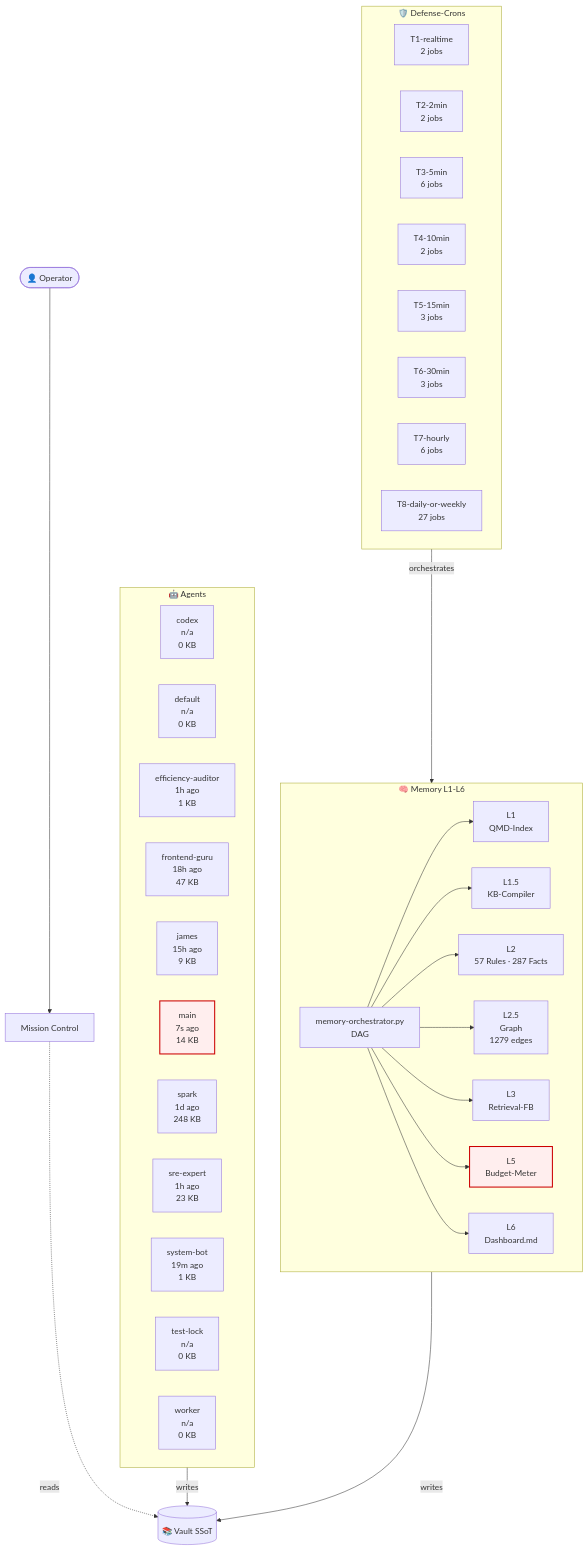
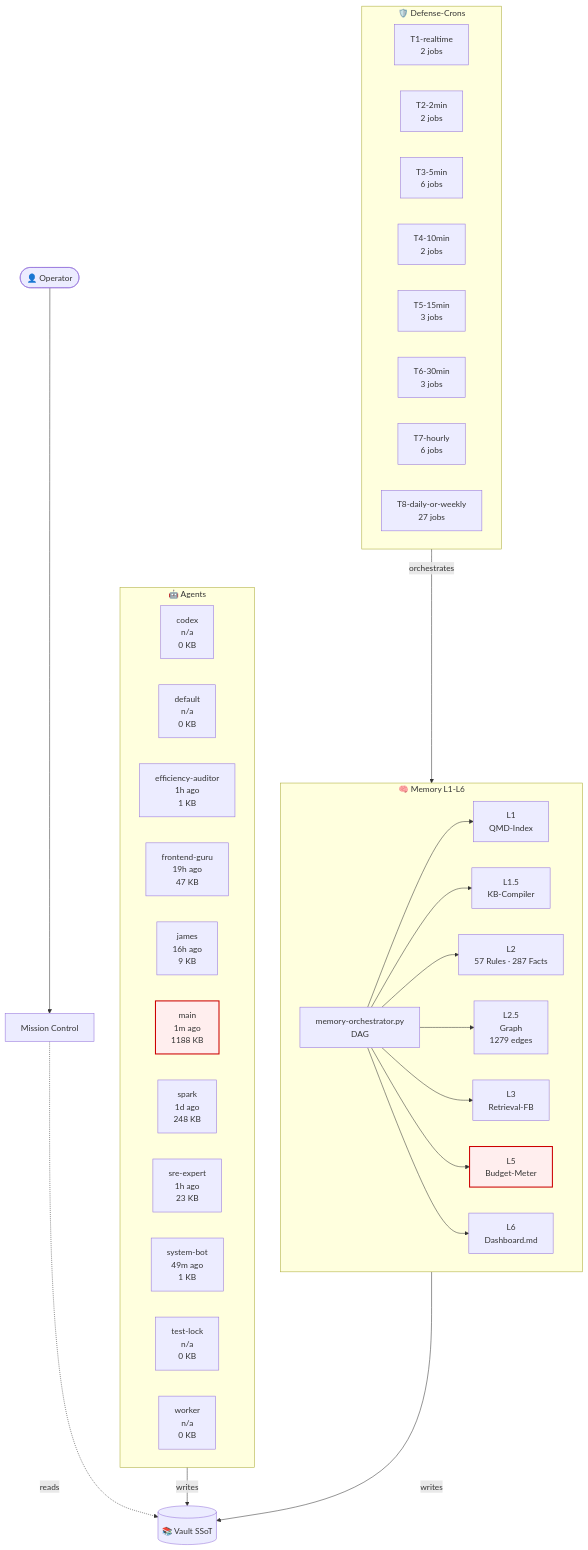
The diagram in 03-Agents/architecture-live.md (lenardhuebner88-rgb/openclaw-memory), drawn with Mermaid before and after one commit. The commit also changed other lines of this file and 1 other file, not shown here.

````diff
--- a/03-Agents/architecture-live.md
+++ b/03-Agents/architecture-live.md
@@ -18,54 +18,54 @@
 ```mermaid
 flowchart TB
     classDef critical fill:#fee,stroke:#c00,stroke-width:2px;
     subgraph AGT["🤖 Agents"]
         agent_codex["codex<br/>n/a<br/>0 KB"]
         agent_default["default<br/>n/a<br/>0 KB"]
         agent_efficiency_auditor["efficiency-auditor<br/>1h ago<br/>1 KB"]
-        agent_frontend_guru["frontend-guru<br/>18h ago<br/>47 KB"]
-        agent_james["james<br/>15h ago<br/>9 KB"]
-        agent_main["main<br/>7s ago<br/>14 KB"]
+        agent_frontend_guru["frontend-guru<br/>19h ago<br/>47 KB"]
+        agent_james["james<br/>16h ago<br/>9 KB"]
+        agent_main["main<br/>1m ago<br/>1188 KB"]
         agent_spark["spark<br/>1d ago<br/>248 KB"]
         agent_sre_expert["sre-expert<br/>1h ago<br/>23 KB"]
-        agent_system_bot["system-bot<br/>19m ago<br/>1 KB"]
+        agent_system_bot["system-bot<br/>49m ago<br/>1 KB"]
         agent_test_lock["test-lock<br/>n/a<br/>0 KB"]
         agent_worker["worker<br/>n/a<br/>0 KB"]
     end
     subgraph MEM["🧠 Memory L1-L6"]
         L1["L1<br/>QMD-Index"]
         L15["L1.5<br/>KB-Compiler"]
         L2["L2<br/>57 Rules · 287 Facts"]
         L25["L2.5<br/>Graph<br/>1279 edges"]
         L3["L3<br/>Retrieval-FB"]
         L5["L5<br/>Budget-Meter"]
         L6["L6<br/>Dashboard.md"]
         ORCH["memory-orchestrator.py<br/>DAG"]
     end
     subgraph CRN["🛡️ Defense-Crons"]
         tier_T1_realtime["T1-realtime<br/>2 jobs"]
         tier_T2_2min["T2-2min<br/>2 jobs"]
         tier_T3_5min["T3-5min<br/>6 jobs"]
         tier_T4_10min["T4-10min<br/>2 jobs"]
         tier_T5_15min["T5-15min<br/>3 jobs"]
         tier_T6_30min["T6-30min<br/>3 jobs"]
         tier_T7_hourly["T7-hourly<br/>6 jobs"]
         tier_T8_daily_or_weekly["T8-daily-or-weekly<br/>27 jobs"]
     end
     VAULT[("📚 Vault SSoT")]
     OP([👤 Operator])
     MC["Mission Control"]
     OP --> MC
     MC -.reads.-> VAULT
     AGT -->|writes| VAULT
     MEM -->|writes| VAULT
     ORCH --> L1
     ORCH --> L15
     ORCH --> L2
     ORCH --> L25
     ORCH --> L3
     ORCH --> L5
     ORCH --> L6
     CRN -->|orchestrates| MEM
     class L5 critical
     class agent_main critical
 ```
````
